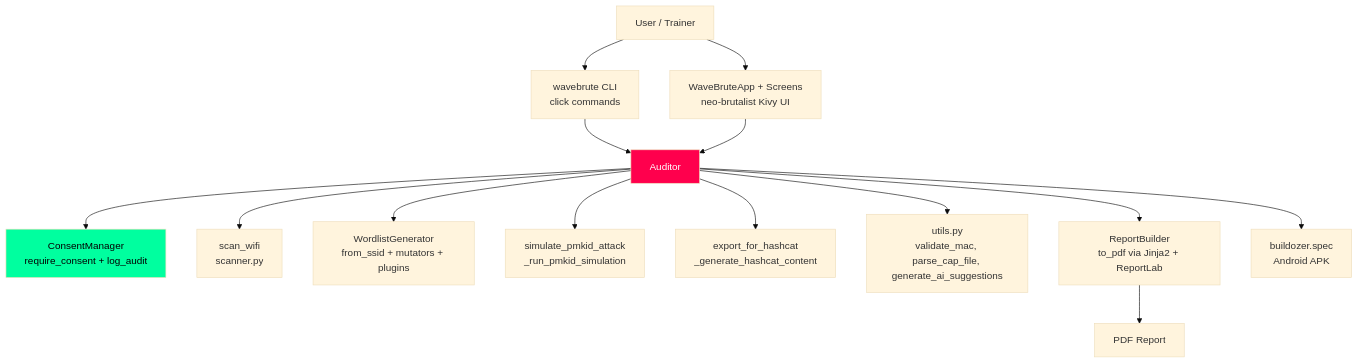
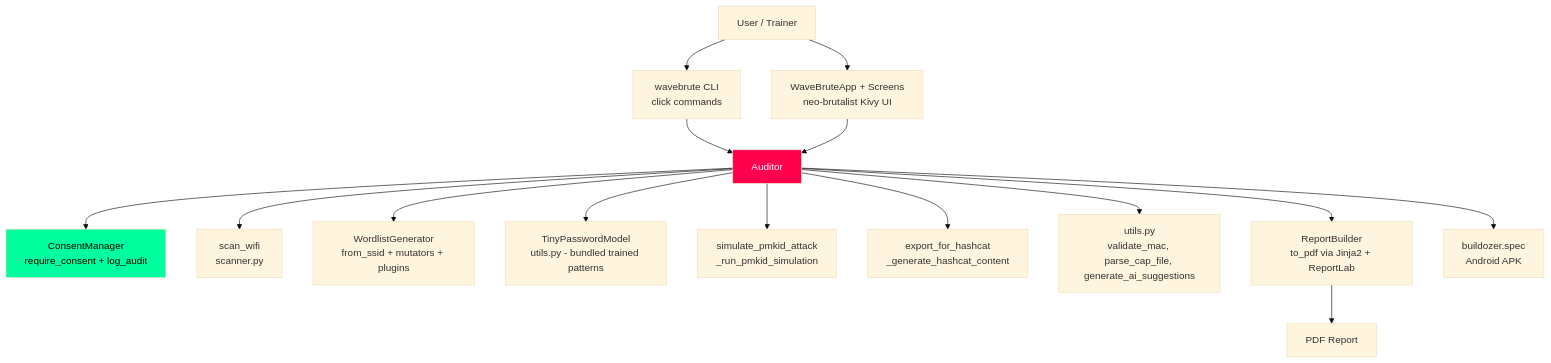
The diagram in README.md (ajendras/wavebrute), drawn with Mermaid (base theme) before and after one commit. The commit also changed other lines of this file and 4 other files, not shown here.

Commit message:
feat(model): train and bundle tiny on-device model for password prediction

````diff
--- a/README.md
+++ b/README.md
@@ -229,17 +246,18 @@
 ```mermaid
 graph TD
     User[User / Trainer] --> CLI[wavebrute CLI<br/>click commands]
     User --> GUI[WaveBruteApp + Screens<br/>neo-brutalist Kivy UI]
     CLI & GUI --> Auditor
     Auditor --> Consent[ConsentManager<br/>require_consent + log_audit]
     Auditor --> Scan[scan_wifi<br/>scanner.py]
     Auditor --> Gen[WordlistGenerator<br/>from_ssid + mutators + plugins]
+    Auditor --> Model[TinyPasswordModel<br/>utils.py - bundled trained patterns]
     Auditor --> PMKID[simulate_pmkid_attack<br/>_run_pmkid_simulation]
     Auditor --> Hashcat[export_for_hashcat<br/>_generate_hashcat_content]
     Auditor --> Utils[utils.py<br/>validate_mac, parse_cap_file, generate_ai_suggestions]
     Auditor --> Report[ReportBuilder<br/>to_pdf via Jinja2 + ReportLab]
     Auditor --> Android[buildozer.spec<br/>Android APK]
     Report --> PDF[PDF Report]
     style Auditor fill:#ff004d,color:#fff
     style Consent fill:#00ff9f,color:#000
 ```
````
